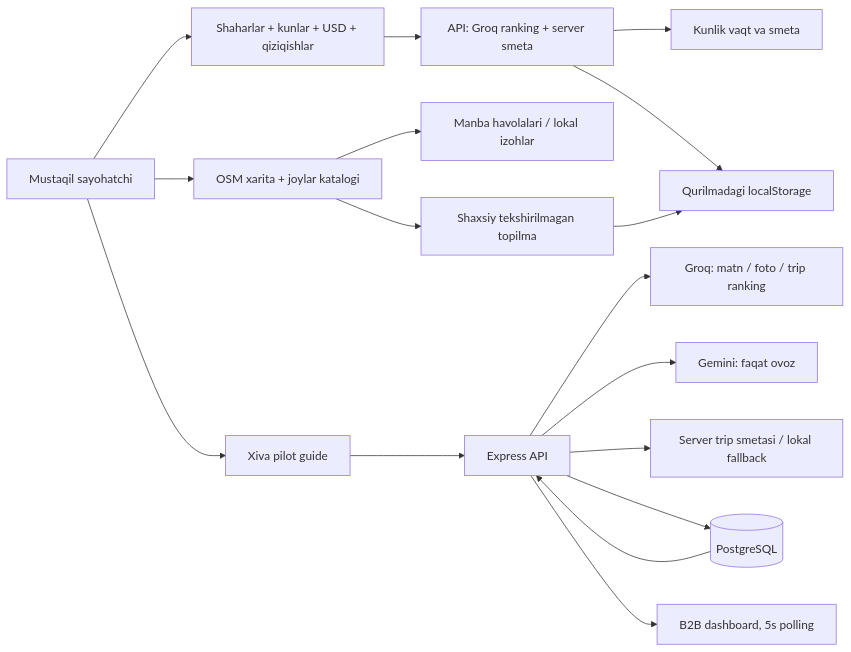
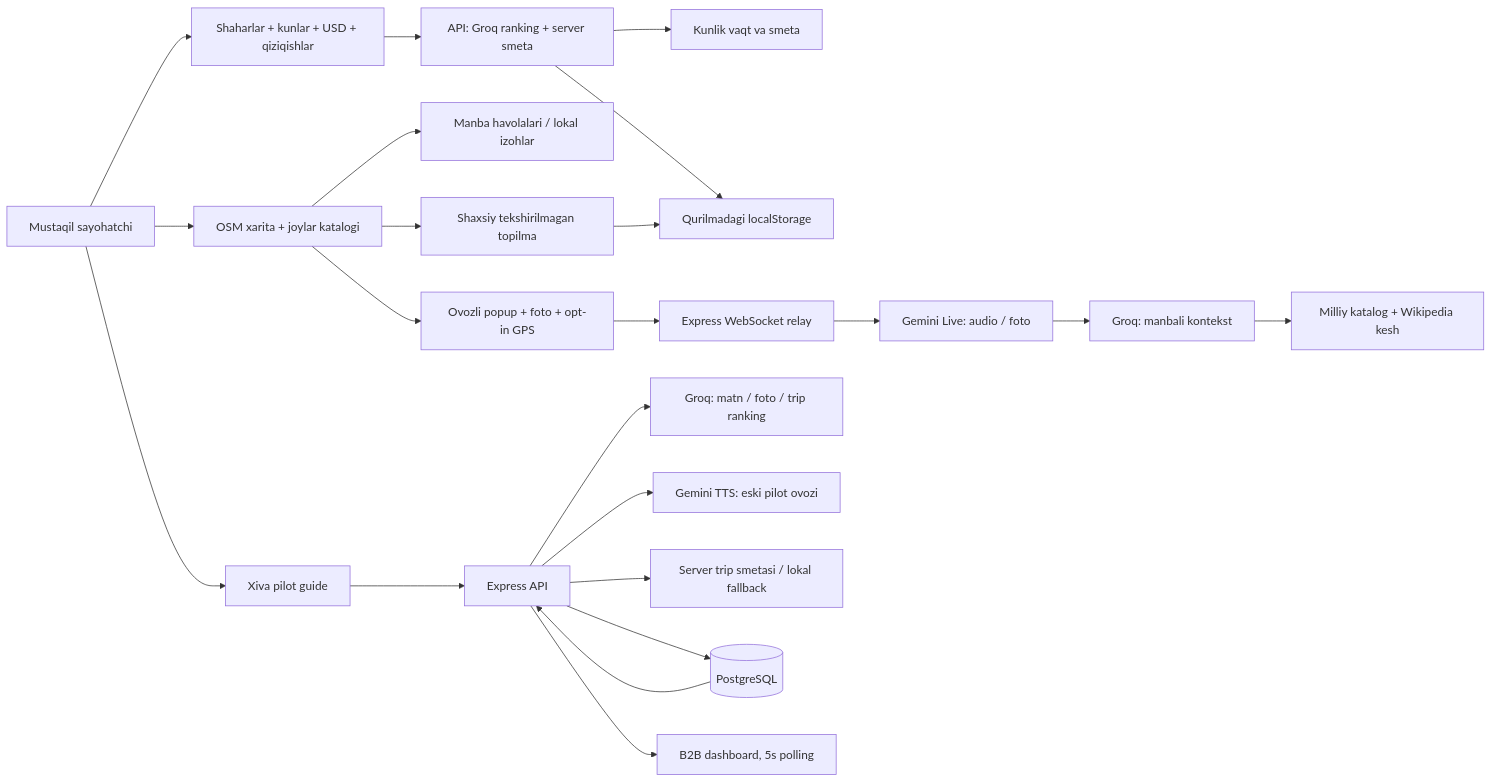
One commit to sfarruhbek/SmartGuide changed the diagram in documentation/ARCHITECTURE.md. Above: the diagram before and after it, drawn with Mermaid. The commit also changed other lines of this file and 41 other files, not shown here.

Commit message:
feat: add live voice map assistant with photos and sourced places

````diff
--- a/documentation/ARCHITECTURE.md
+++ b/documentation/ARCHITECTURE.md
@@ -7,19 +7,24 @@
 ```mermaid
 flowchart LR
   User[Mustaqil sayohatchi] --> Form[Shaharlar + kunlar + USD + qiziqishlar]
   Form --> Planner[API: Groq ranking + server smeta]
   Planner --> Days[Kunlik vaqt va smeta]
   Planner --> Storage[Qurilmadagi localStorage]
   User --> Map[OSM xarita + joylar katalogi]
   Map --> Sources[Manba havolalari / lokal izohlar]
+  Map --> Live[Ovozli popup + foto + opt-in GPS]
+  Live --> Relay[Express WebSocket relay]
+  Relay --> GeminiLive[Gemini Live: audio / foto]
+  GeminiLive --> Tool[Groq: manbali kontekst]
+  Tool --> Catalog[Milliy katalog + Wikipedia kesh]
   Map --> Draft[Shaxsiy tekshirilmagan topilma]
   Draft --> Storage
   User --> Pilot[Xiva pilot guide]
   Pilot --> API[Express API]
   API --> AI[Groq: matn / foto / trip ranking]
-  API --> Voice[Gemini: faqat ovoz]
+  API --> Voice[Gemini TTS: eski pilot ovozi]
   API --> TripAPI[Server trip smetasi / lokal fallback]
   API --> DB[(PostgreSQL)]
   DB --> API
   API --> Dash[B2B dashboard, 5s polling]
 ```
````
